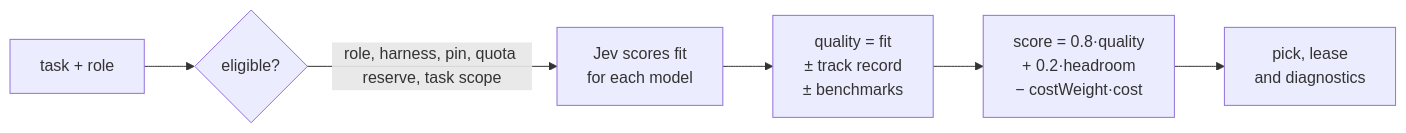
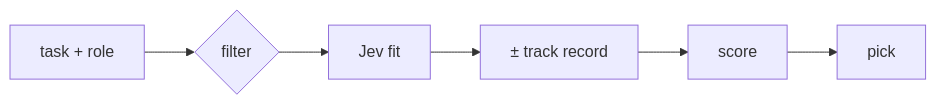
One commit to nourhelmi/agent-router changed the diagram in README.md. Above: the diagram before and after it, drawn with Mermaid. The commit also changed other lines of this file, not shown here.

Commit message:
docs: a diagram and roster example that fit the page

````diff
--- a/README.md
+++ b/README.md
@@ -75,8 +75,8 @@
 ```mermaid
 flowchart LR
-    T["task + role"] --> E{"eligible?"}
-    E -->|"role, harness, pin, quota reserve, task scope"| J["Jev scores fit<br>for each model"]
-    J --> Q["quality = fit<br>± track record<br>± benchmarks"]
-    Q --> U["score = 0.8·quality<br>+ 0.2·headroom<br>− costWeight·cost"]
-    U --> P["pick, lease<br>and diagnostics"]
+    T["task + role"] --> E{"filter"}
+    E --> J["Jev fit"]
+    J --> Q["± track record"]
+    Q --> U["score"]
+    U --> P["pick"]
 ```
````
